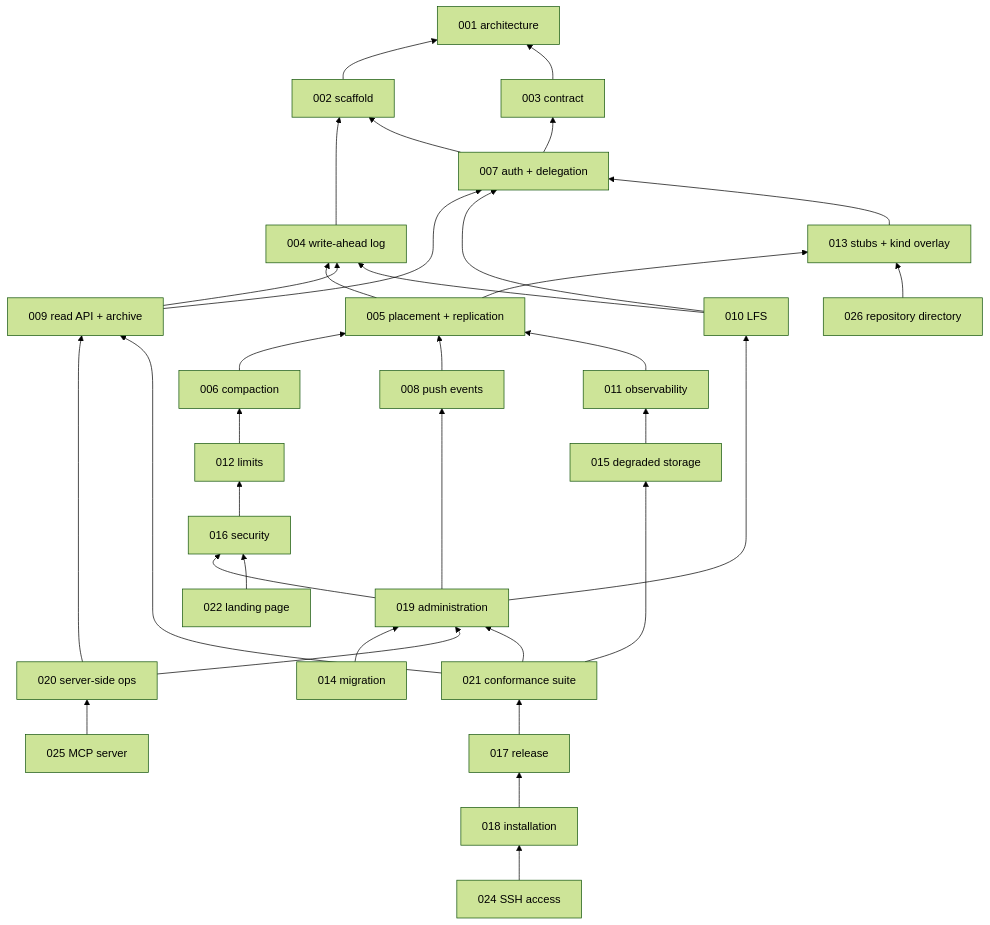
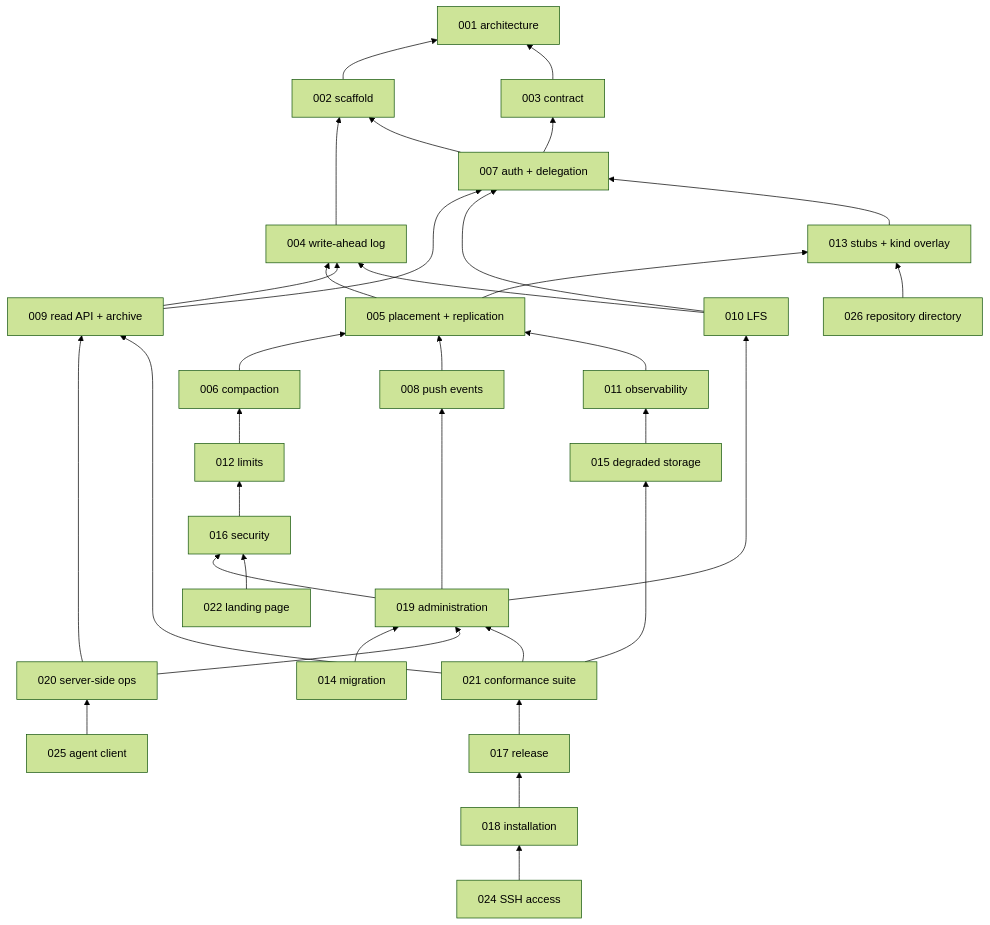
Before and after one commit to latere-ai/origo: the second of 2 diagrams in specs/README.md, drawn with Mermaid (forest theme). The commit also changed other lines of this file and 1 other file, not shown here.

First line of the commit message:
specs: 025 is at testing, and the README carries its built state, its phase row, and the graph label the rewrite changed

````diff
--- a/specs/README.md
+++ b/specs/README.md
@@ -102,61 +102,61 @@
 ```mermaid
 flowchart BT
   S001[001 architecture]
   S002[002 scaffold]
   S003[003 contract]
   S004[004 write-ahead log]
   S005[005 placement + replication]
   S006[006 compaction]
   S007[007 auth + delegation]
   S008[008 push events]
   S009[009 read API + archive]
   S010[010 LFS]
   S011[011 observability]
   S012[012 limits]
   S013[013 stubs + kind overlay]
   S014[014 migration]
   S015[015 degraded storage]
   S016[016 security]
   S017[017 release]
   S018[018 installation]
   S019[019 administration]
   S020[020 server-side ops]
   S021[021 conformance suite]
   S022[022 landing page]
   S024[024 SSH access]
-  S025[025 MCP server]
+  S025[025 agent client]
   S026[026 repository directory]
   S002 --> S001
   S003 --> S001
   S004 --> S002
   S005 --> S004
   S005 --> S013
   S006 --> S005
   S007 --> S002
   S007 --> S003
   S008 --> S005
   S009 --> S004
   S009 --> S007
   S010 --> S004
   S010 --> S007
   S011 --> S005
   S012 --> S006
   S013 --> S007
   S014 --> S019
   S015 --> S011
   S016 --> S012
   S017 --> S021
   S018 --> S017
   S019 --> S008
   S019 --> S010
   S019 --> S016
   S020 --> S009
   S020 --> S019
   S021 --> S009
   S021 --> S015
   S021 --> S019
   S022 --> S016
   S024 --> S018
   S025 --> S020
   S026 --> S013
 ```
````
